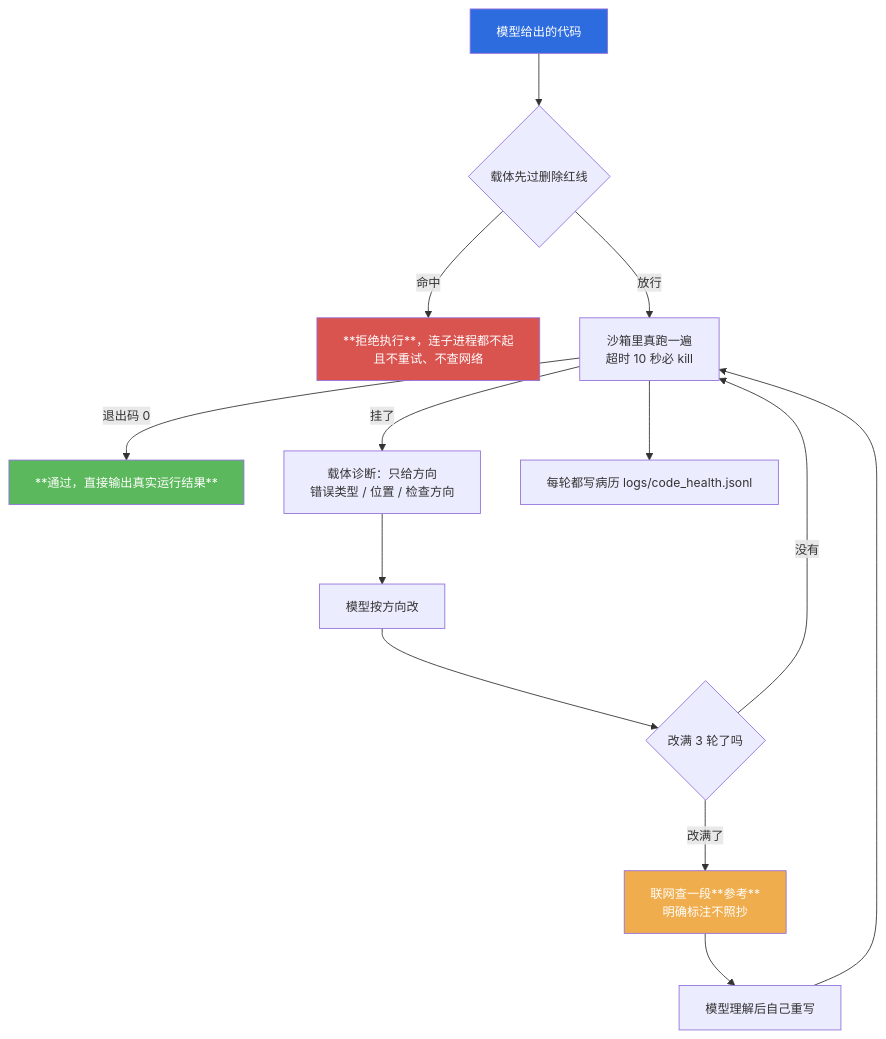
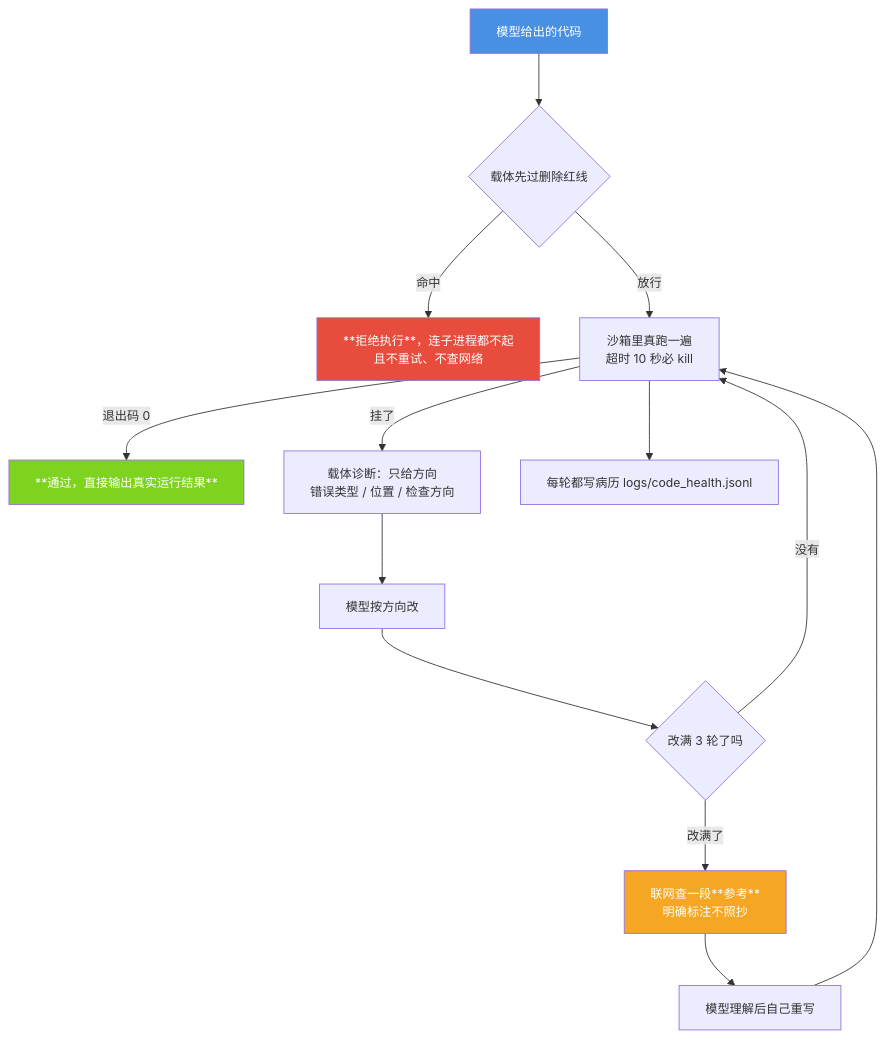
One commit to jiangchuangege/xiaojiao-harnees changed the diagram in docs/carrier-diagnosis.md. Above: the diagram before and after it, drawn with Mermaid. The commit also changed 32 other files, not shown here.

Commit message:
统一：全仓原理图配色到一套调色板 + 给 12 张灰图补色 + 修正自己会睡那张过期图

````diff
--- a/docs/carrier-diagnosis.md
+++ b/docs/carrier-diagnosis.md
@@ -56,21 +56,21 @@
 ```mermaid
 %%{init: {"themeVariables": {"fontSize": "14px"}, "flowchart": {"htmlLabels": true, "wrappingWidth": 340, "nodeSpacing": 46, "rankSpacing": 60, "useMaxWidth": true}}}%%
 flowchart TB
     S["模型给出的代码"] --> G{"载体先过删除红线"}
     G -->|"命中"| BLK["**拒绝执行**，连子进程都不起<br/>且不重试、不查网络"]
     G -->|"放行"| RUN["沙箱里真跑一遍<br/>超时 10 秒必 kill"]
     RUN -->|"退出码 0"| OK["**通过，直接输出真实运行结果**"]
     RUN -->|"挂了"| D["载体诊断：只给方向<br/>错误类型 / 位置 / 检查方向"]
     D --> FIX["模型按方向改"]
     FIX --> CNT{"改满 3 轮了吗"}
     CNT -->|"没有"| RUN
     CNT -->|"改满了"| WEB["联网查一段**参考**<br/>明确标注不照抄"]
     WEB --> REWRITE["模型理解后自己重写"]
     REWRITE --> RUN
     RUN --> REC["每轮都写病历 logs/code_health.jsonl"]
 
-    style S fill:#2d6cdf,color:#fff
-    style OK fill:#5cb85c,color:#fff
-    style BLK fill:#d9534f,color:#fff
-    style WEB fill:#f0ad4e,color:#fff
+    style S fill:#4A90E2,color:#fff
+    style OK fill:#7ED321,color:#fff
+    style BLK fill:#E74C3C,color:#fff
+    style WEB fill:#F5A623,color:#fff
 ```
````
